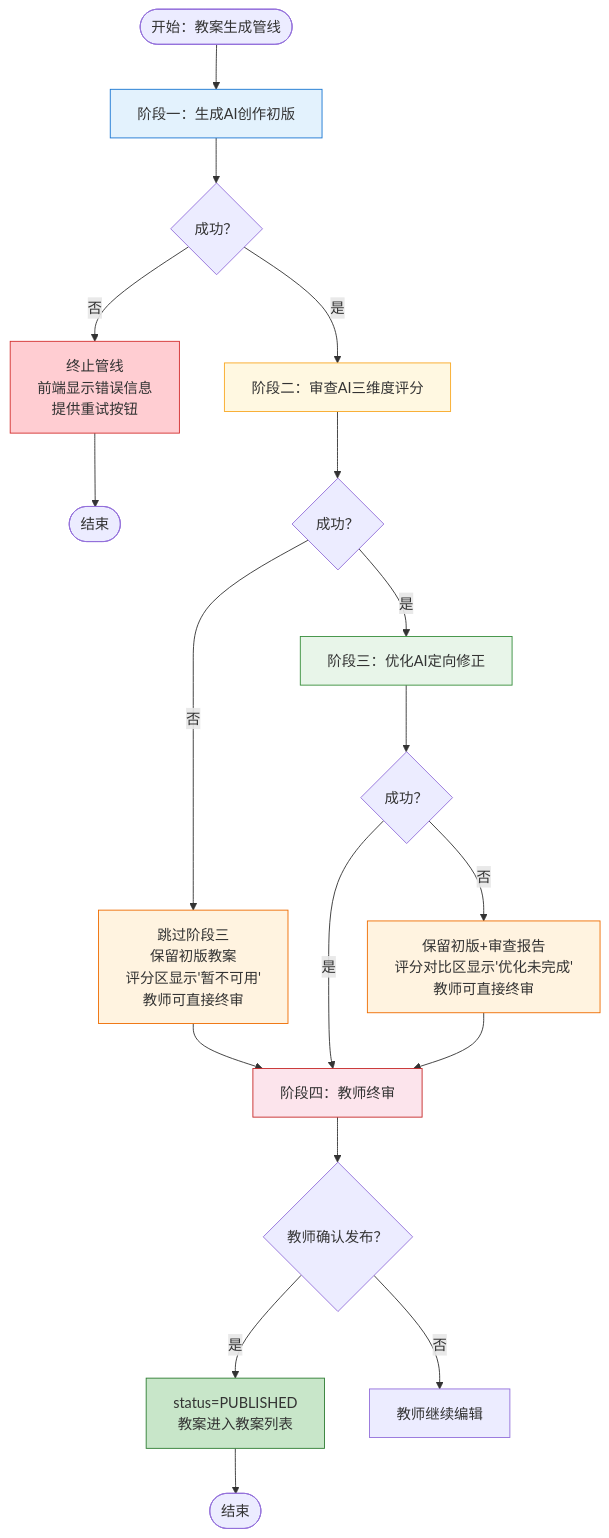
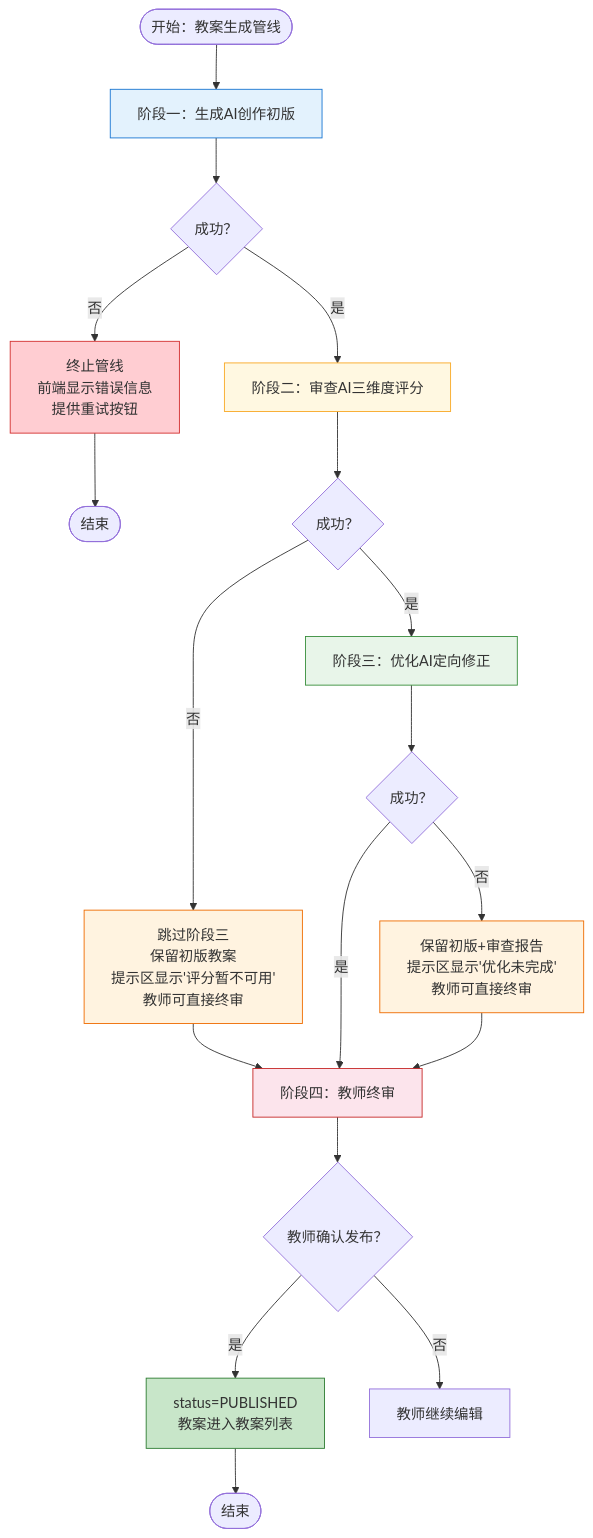
The fourth of 6 diagrams in 项目相关/软件著作权/专利申请/专利申请技术交底书-AI双角色生成与审查的医学教案质量保障.md (liuzh2008/med_ai_assistant_workspace), drawn with Mermaid before and after one commit. The commit also changed other lines of this file and 6 other files, not shown here.

````diff
--- a/项目相关/软件著作权/专利申请/专利申请技术交底书-AI双角色生成与审查的医学教案质量保障.md
+++ b/项目相关/软件著作权/专利申请/专利申请技术交底书-AI双角色生成与审查的医学教案质量保障.md
@@ -368,35 +389,35 @@
 ```mermaid
 flowchart TD
     START(["开始：教案生成管线"]) --> S1
 
     S1["阶段一：生成AI创作初版"]
     S1 --> Q1{"成功？"}
     Q1 -->|是| S2["阶段二：审查AI三维度评分"]
     Q1 -->|否| E1["终止管线<br/>前端显示错误信息<br/>提供重试按钮"]
     E1 --> END1(["结束"])
 
     S2 --> Q2{"成功？"}
     Q2 -->|是| S3["阶段三：优化AI定向修正"]
-    Q2 -->|否| E2["跳过阶段三<br/>保留初版教案<br/>评分区显示'暂不可用'<br/>教师可直接终审"]
+    Q2 -->|否| E2["跳过阶段三<br/>保留初版教案<br/>提示区显示'评分暂不可用'<br/>教师可直接终审"]
     E2 --> S4["阶段四：教师终审"]
 
     S3 --> Q3{"成功？"}
     Q3 -->|是| S4
-    Q3 -->|否| E3["保留初版+审查报告<br/>评分对比区显示'优化未完成'<br/>教师可直接终审"]
+    Q3 -->|否| E3["保留初版+审查报告<br/>提示区显示'优化未完成'<br/>教师可直接终审"]
     E3 --> S4
 
     S4 --> Q4{"教师确认发布？"}
     Q4 -->|是| PUB["status=PUBLISHED<br/>教案进入教案列表"]
     Q4 -->|否| EDIT["教师继续编辑"]
 
     PUB --> END2(["结束"])
 
     style S1 fill:#e3f2fd,stroke:#1976d2
     style S2 fill:#fff8e1,stroke:#f9a825
     style S3 fill:#e8f5e9,stroke:#388e3c
     style S4 fill:#fce4ec,stroke:#c62828
     style E1 fill:#ffcdd2,stroke:#d32f2f
     style E2 fill:#fff3e0,stroke:#ef6c00
     style E3 fill:#fff3e0,stroke:#ef6c00
     style PUB fill:#c8e6c9,stroke:#2e7d32
 ```
````
